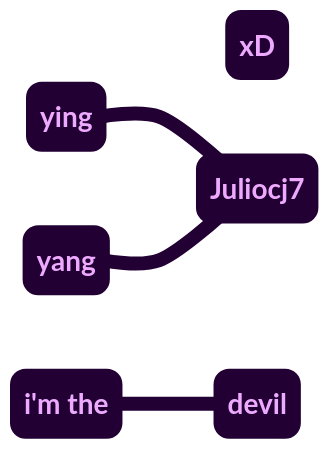
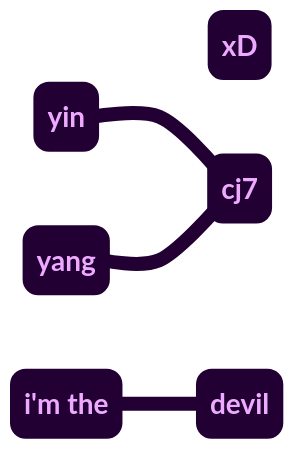
The diagram in .github/README.md (Juliocj7/Juliocj7), drawn with Mermaid before and after one commit.

````diff
--- a/.github/README.md
+++ b/.github/README.md
@@ -287,28 +287,28 @@
 ```mermaid
 ---
 config:
   theme: base
   flowchart:
     curve: cardinal
     shape: stadium
     padding: 4
   themeVariables:
     lineColor: "#220033"
     primaryColor: "#220033"
     primaryBorderColor: "#220033"
     primaryTextColor: "#EEAAFF"
 ---
 flowchart RL
   umd(xD)
-  gls(Juliocj7)
-  glm(ying)
-  bggl(yang)
+  stb(cj7)
+  god(yin)
+  bad(yang)
   way(i'm the)
   res(devil)
-  gls --- glm
-  gls --- bggl
+  stb --- god
+  stb --- bad
   res --- way
 
   classDef default stroke-width:8px,font-weight:bold;
   linkStyle default stroke-width:8px;
 ```
````
